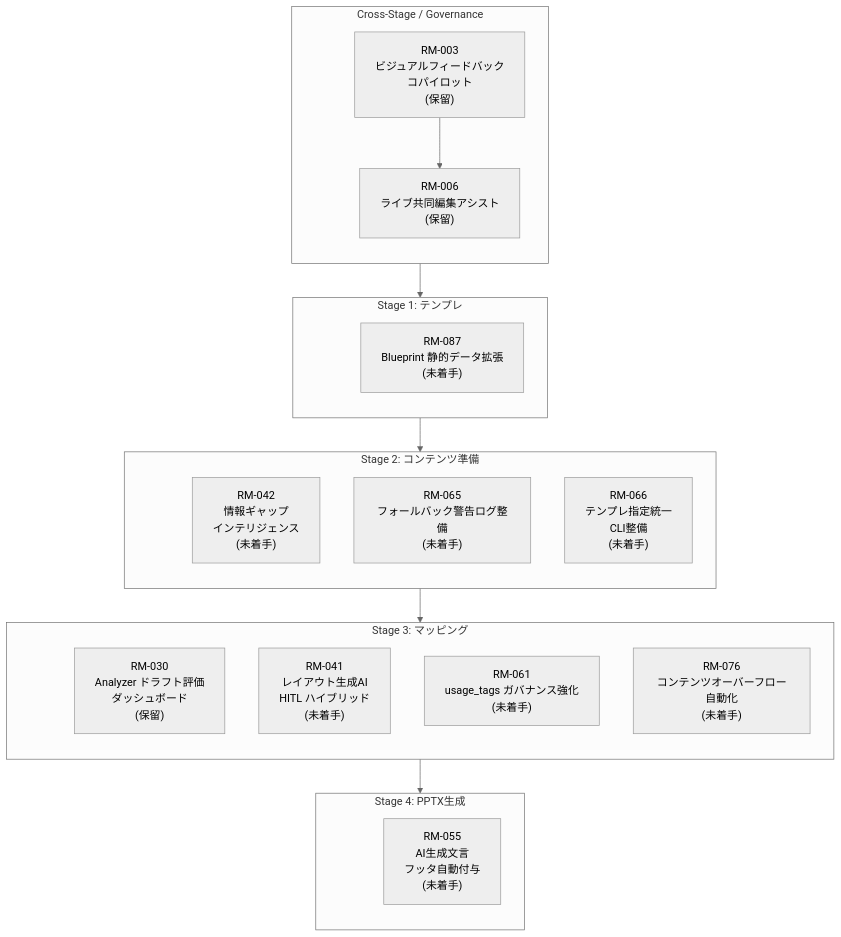
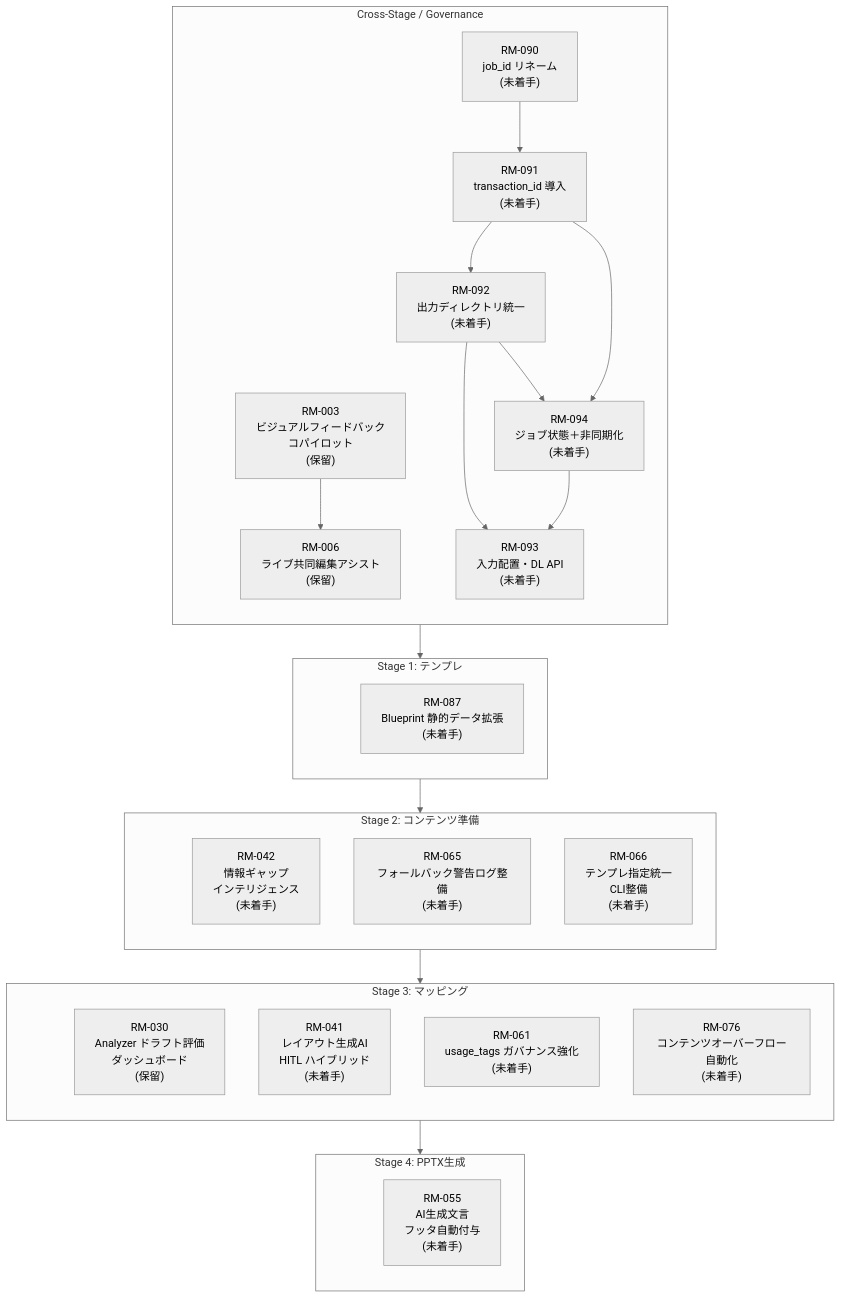
One commit to yurake/pptx_generator changed the diagram in docs/roadmap/roadmap.md. Above: the diagram before and after it, drawn with Mermaid (neutral theme). The commit also changed other lines of this file and 1 other file, not shown here.

Commit message:
chore(docs): add rm090-094 roadmap notes

````diff
--- a/docs/roadmap/roadmap.md
+++ b/docs/roadmap/roadmap.md
@@ -25,48 +25,56 @@
 ```mermaid
 flowchart TB
     subgraph GOV["Cross-Stage / Governance"]
         direction TB
         GOV_ANCHOR(( ))
         RM003["RM-003<br/>ビジュアルフィードバック<br/>コパイロット<br/>(保留)"]
         RM006["RM-006<br/>ライブ共同編集アシスト<br/>(保留)"]
+        RM090["RM-090<br/>job_id リネーム<br/>(未着手)"]
+        RM091["RM-091<br/>transaction_id 導入<br/>(未着手)"]
+        RM092["RM-092<br/>出力ディレクトリ統一<br/>(未着手)"]
+        RM093["RM-093<br/>入力配置・DL API<br/>(未着手)"]
+        RM094["RM-094<br/>ジョブ状態＋非同期化<br/>(未着手)"]
     end
 
     subgraph ST1["Stage 1: テンプレ"]
         direction TB
         ST1_ANCHOR(( ))
         RM087["RM-087<br/>Blueprint 静的データ拡張<br/>(未着手)"]
     end
 
     subgraph ST2["Stage 2: コンテンツ準備"]
         direction TB
         ST2_ANCHOR(( ))
         RM042["RM-042<br/>情報ギャップ<br/>インテリジェンス<br/>(未着手)"]
         RM065["RM-065<br/>フォールバック警告ログ整備<br/>(未着手)"]
         RM066["RM-066<br/>テンプレ指定統一<br/>CLI整備<br/>(未着手)"]
     end
 
     subgraph ST3["Stage 3: マッピング"]
         direction TB
         ST3_ANCHOR(( ))
         RM030["RM-030<br/>Analyzer ドラフト評価<br/>ダッシュボード<br/>(保留)"]
         RM041["RM-041<br/>レイアウト生成AI<br/>HITL ハイブリッド<br/>(未着手)"]
         RM061["RM-061<br/>usage_tags ガバナンス強化<br/>(未着手)"]
         RM076["RM-076<br/>コンテンツオーバーフロー自動化<br/>(未着手)"]
     end
 
     subgraph ST4["Stage 4: PPTX生成"]
         direction TB
         ST4_ANCHOR(( ))
         RM055["RM-055<br/>AI生成文言<br/>フッタ自動付与<br/>(未着手)"]
     end
 
     style GOV_ANCHOR fill:transparent,stroke:transparent
     style ST1_ANCHOR fill:transparent,stroke:transparent
     style ST2_ANCHOR fill:transparent,stroke:transparent
     style ST3_ANCHOR fill:transparent,stroke:transparent
     style ST4_ANCHOR fill:transparent,stroke:transparent
 
     GOV_ANCHOR --> ST1_ANCHOR --> ST2_ANCHOR --> ST3_ANCHOR --> ST4_ANCHOR
 
     RM003 --> RM006
+    RM090 --> RM091 --> RM092 --> RM093
+    RM091 --> RM094 --> RM093
+    RM092 --> RM094
 ```
````
